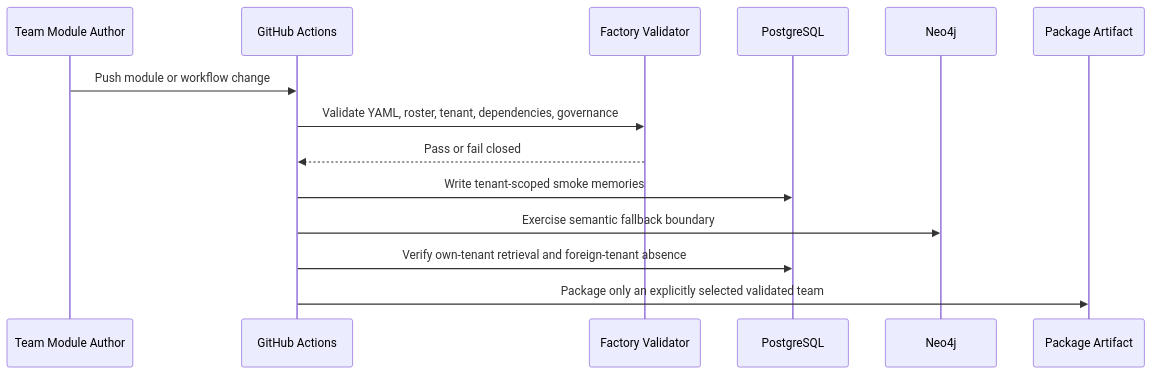
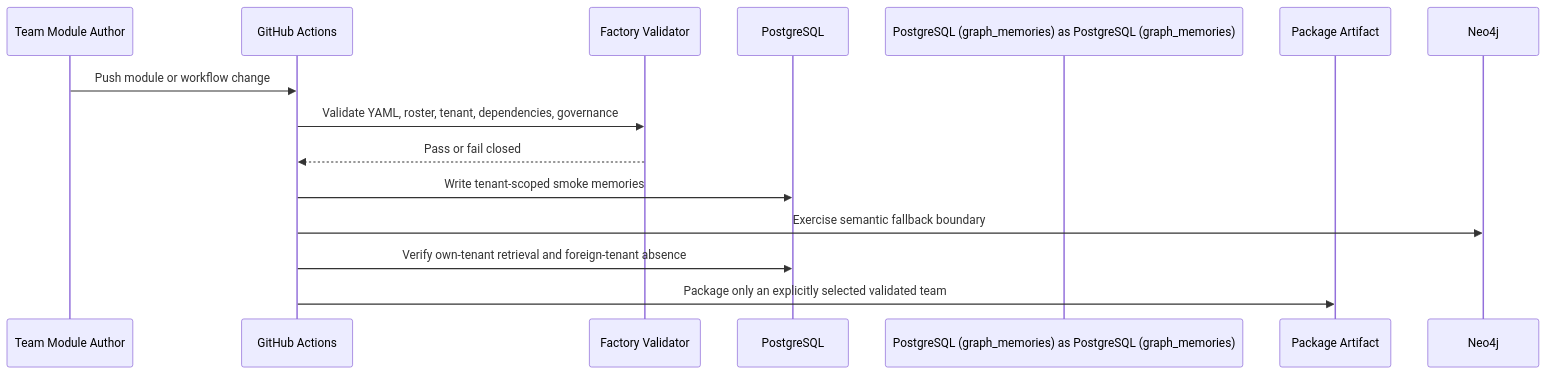
Before and after one commit to Allura-Ecosystem/Allura_Memory: the sixth of 9 diagrams in docs/allura/SOLUTION-ARCHITECTURE.md, drawn with Mermaid. The commit also changed other lines of this file and 26 other files, not shown here.

````diff
--- a/docs/allura/SOLUTION-ARCHITECTURE.md
+++ b/docs/allura/SOLUTION-ARCHITECTURE.md
@@ -212,17 +212,17 @@
 ```mermaid
 sequenceDiagram
     participant Author as Team Module Author
     participant CI as GitHub Actions
     participant Validator as Factory Validator
     participant PG as PostgreSQL
-    participant Neo4j as Neo4j
+    participant PostgreSQL (graph_memories) as PostgreSQL (graph_memories)
     participant Artifact as Package Artifact
 
     Author->>CI: Push module or workflow change
     CI->>Validator: Validate YAML, roster, tenant, dependencies, governance
     Validator-->>CI: Pass or fail closed
     CI->>PG: Write tenant-scoped smoke memories
     CI->>Neo4j: Exercise semantic fallback boundary
     CI->>PG: Verify own-tenant retrieval and foreign-tenant absence
     CI->>Artifact: Package only an explicitly selected validated team
 ```
````
